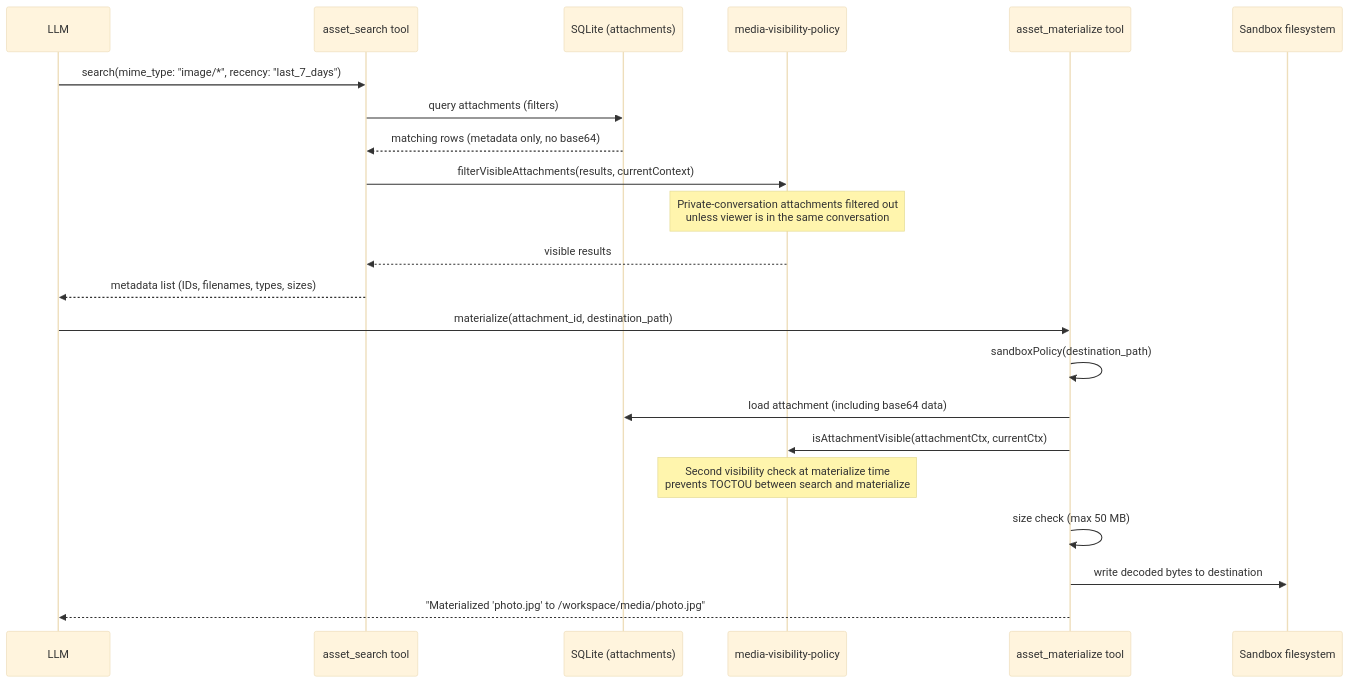
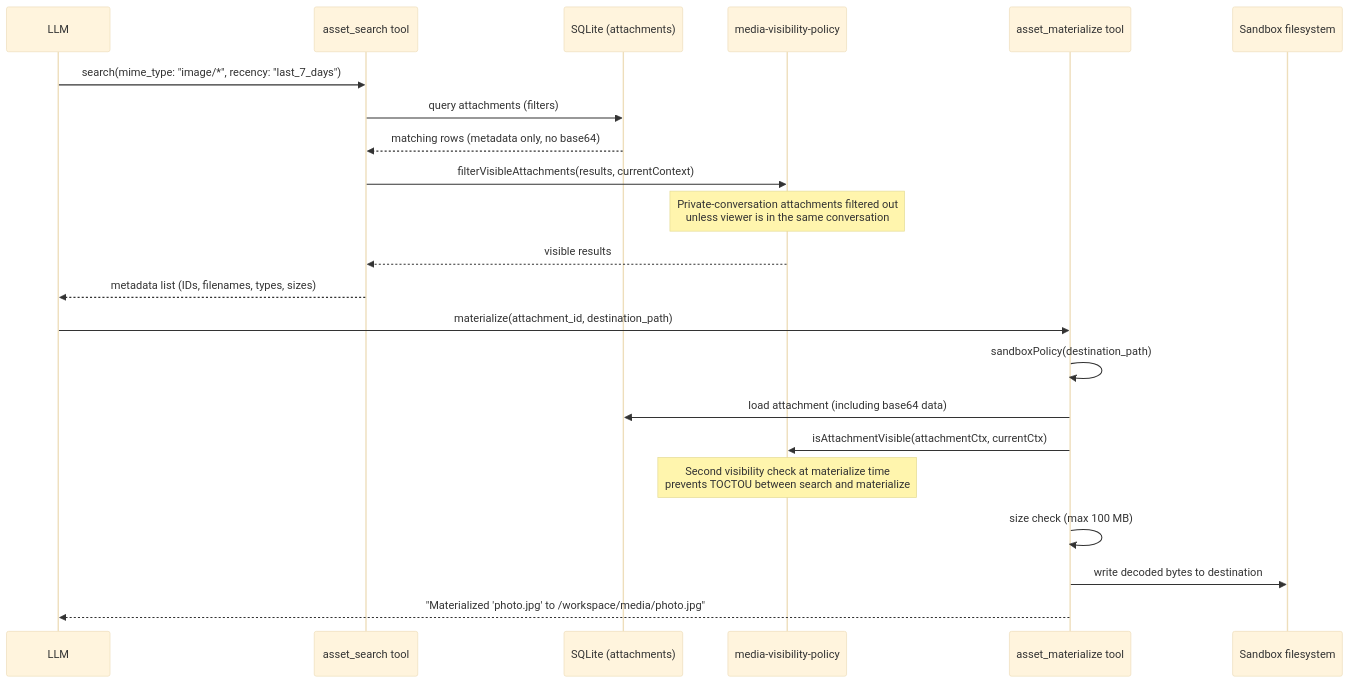
One commit to vellum-ai/vellum-assistant changed the seventh of 8 diagrams in assistant/docs/architecture/integrations.md. Above: the diagram before and after it, drawn with Mermaid (base theme). The commit also changed other lines of this file and 17 other files, not shown here.

````diff
--- a/assistant/docs/architecture/integrations.md
+++ b/assistant/docs/architecture/integrations.md
@@ -523,26 +523,26 @@
 ```mermaid
 sequenceDiagram
     participant Model as LLM
     participant Search as asset_search tool
     participant DB as SQLite (attachments)
     participant Visibility as media-visibility-policy
     participant Materialize as asset_materialize tool
     participant Sandbox as Sandbox filesystem
 
     Model->>Search: search(mime_type: "image/*", recency: "last_7_days")
     Search->>DB: query attachments (filters)
     DB-->>Search: matching rows (metadata only, no base64)
     Search->>Visibility: filterVisibleAttachments(results, currentContext)
     Note over Visibility: Private-conversation attachments filtered out<br/>unless viewer is in the same conversation
     Visibility-->>Search: visible results
     Search-->>Model: metadata list (IDs, filenames, types, sizes)
 
     Model->>Materialize: materialize(attachment_id, destination_path)
     Materialize->>Materialize: sandboxPolicy(destination_path)
     Materialize->>DB: load attachment (including base64 data)
     Materialize->>Visibility: isAttachmentVisible(attachmentCtx, currentCtx)
     Note over Visibility: Second visibility check at materialize time<br/>prevents TOCTOU between search and materialize
-    Materialize->>Materialize: size check (max 50 MB)
+    Materialize->>Materialize: size check (max 100 MB)
     Materialize->>Sandbox: write decoded bytes to destination
     Materialize-->>Model: "Materialized 'photo.jpg' to /workspace/media/photo.jpg"
 ```
````
